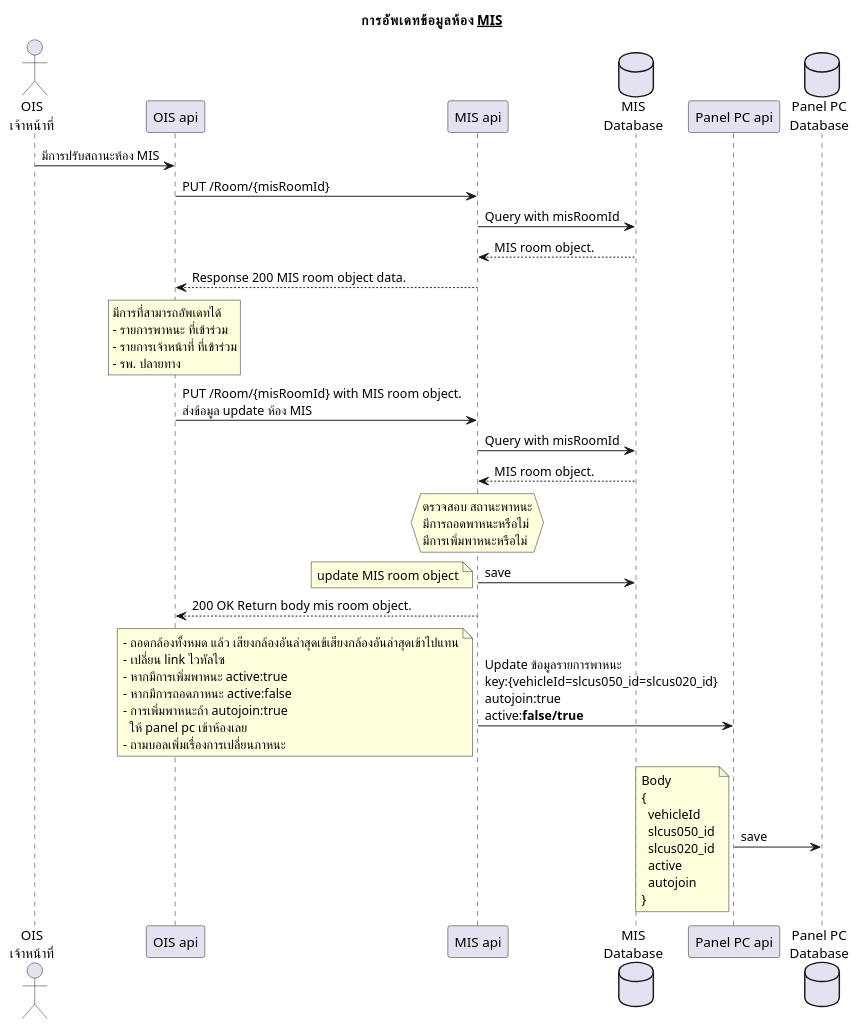
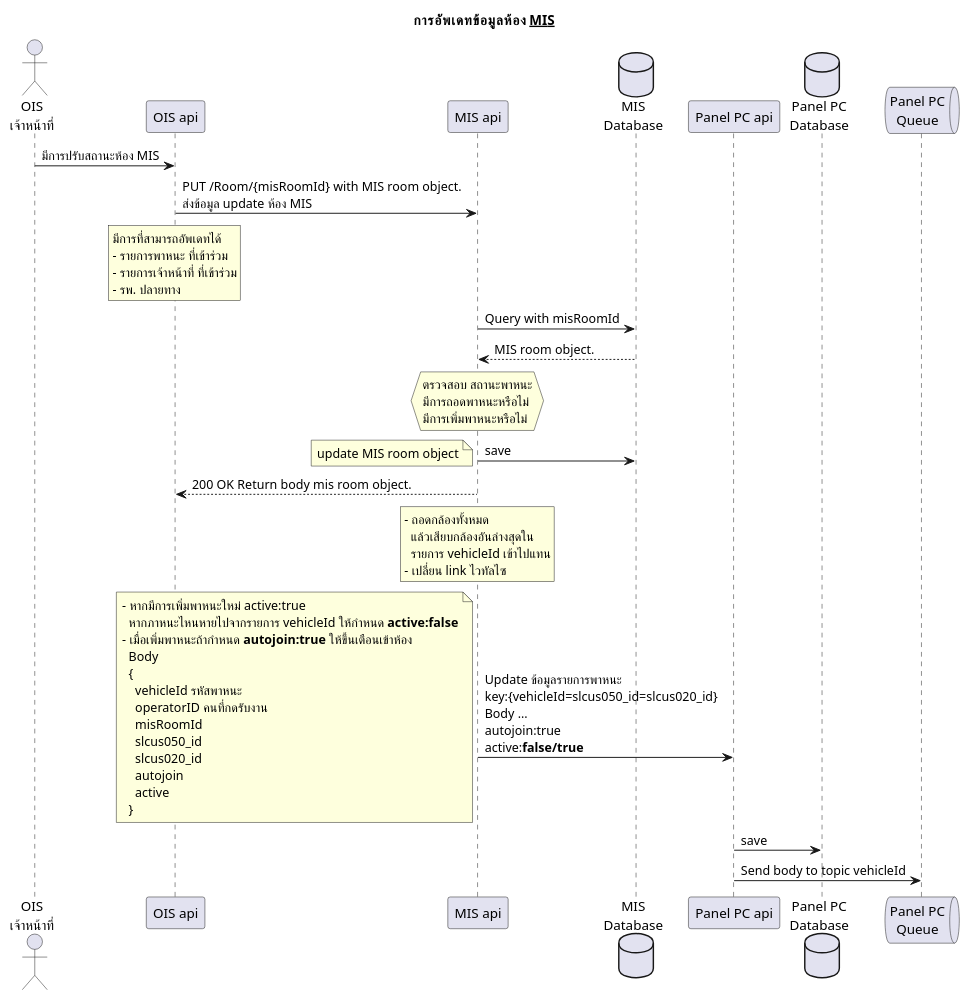
The diagram in uml/new_update_mis.plantuml (lionants02/mis-api-doc), drawn with PlantUML before and after one commit. The commit also changed 4 other files, not shown here.

```diff
--- a/uml/new_update_mis.plantuml
+++ b/uml/new_update_mis.plantuml
@@ -1,59 +1,58 @@
 @startuml
 Title การอัพเดทข้อมูลห้อง __MIS__
   actor "OIS\nเจ้าหน้าที่" as OIS
   OIS -> "OIS api": มีการปรับสถานะห้อง MIS
-  "OIS api"-> "MIS api": PUT /Room/{misRoomId}
-  database "MIS\nDatabase" as misdb
-  "MIS api" -> misdb: Query with misRoomId
-  "MIS api" <-- misdb: MIS room object.
-  "OIS api"<-- "MIS api":Response 200 MIS room object data.
 
+  "OIS api"-> "MIS api": PUT /Room/{misRoomId} with MIS room object.\nส่งข้อมูล update ห้อง MIS
   rnote over "OIS api"
     มีการที่สามารถอัพเดทได้
     - รายการพาหนะ ที่เข้าร่วม
     - รายการเจ้าหน้าที่ ที่เข้าร่วม
     - รพ. ปลายทาง
   endnote
-  "OIS api"-> "MIS api": PUT /Room/{misRoomId} with MIS room object.\nส่งข้อมูล update ห้อง MIS
-
+  database "MIS\nDatabase" as misdb
   "MIS api" -> misdb: Query with misRoomId
   "MIS api" <-- misdb: MIS room object.
 
   hnote over "MIS api"
     ตรวจสอบ สถานะพาหนะ
     มีการถอดพาหนะหรือไม่
     มีการเพิ่มพาหนะหรือไม่
   endnote
 
   "MIS api" -> misdb: save
   note left
     update MIS room object
   endnote
 
   "OIS api" <-- "MIS api": 200 OK Return body mis room object.
-
-  "MIS api" -> "Panel PC api": Update ข้อมูลรายการพาหนะ\nkey:{vehicleId=slcus050_id=slcus020_id}\nautojoin:true\nactive:**false/true**
+  rnote over "MIS api"
+    - ถอดกล้องทั้งหมด
+      แล้วเสียบกล้องอันล่างสุดใน
+      รายการ vehicleId เข้าไปแทน
+    - เปลี่ยน link ไวทัลไซ
+  endnote
+  "MIS api" -> "Panel PC api": \nUpdate ข้อมูลรายการพาหนะ\nkey:{vehicleId=slcus050_id=slcus020_id}\nBody ...\nautojoin:true\nactive:**false/true**
 
   note left
-    - ถอดกล้องทั้งหมด แล้ว เสียงกล้องอันล่าสุดเข้เสียงกล้องอันล่าสุดเข้าไปแทน
-    - เปลี่ยน link ไวทัลไซ
-    - หากมีการเพิ่มพาหนะ active:true
-    - หากมีการถอดภาหนะ active:false
-    - การเพิ่มพาหนะถ้า autojoin:true
-      ให้ panel pc เข้าห้องเลย
-    - ถามบอลเพิ่มเรื่องการเปลี่ยนภาหนะ
+    - หากมีการเพิ่มพาหนะใหม่ active:true
+      หากภาหนะไหนหายไปจากรายการ vehicleId ให้กำหนด **active:false**
+    - เมื่อเพิ่มพาหนะถ้ากำหนด **autojoin:true** ให้ขึ้นเตือนเข้าห้อง
+      Body
+      {
+        vehicleId รหัสพาหนะ
+        operatorID คนที่กดรับงาน
+        misRoomId
+        slcus050_id
+        slcus020_id
+        autojoin
+        active
+      }
   endnote
   database "Panel PC\nDatabase" as paneldb
   "Panel PC api" -> paneldb: save
-  note left
-    Body
-    {
-      vehicleId
-      slcus050_id
-      slcus020_id
-      active
-      autojoin
-    }
-  endnote
+
+  queue "Panel PC\nQueue" as panelq
+  "Panel PC api" -> panelq: Send body to topic vehicleId
 
 @enduml
```
